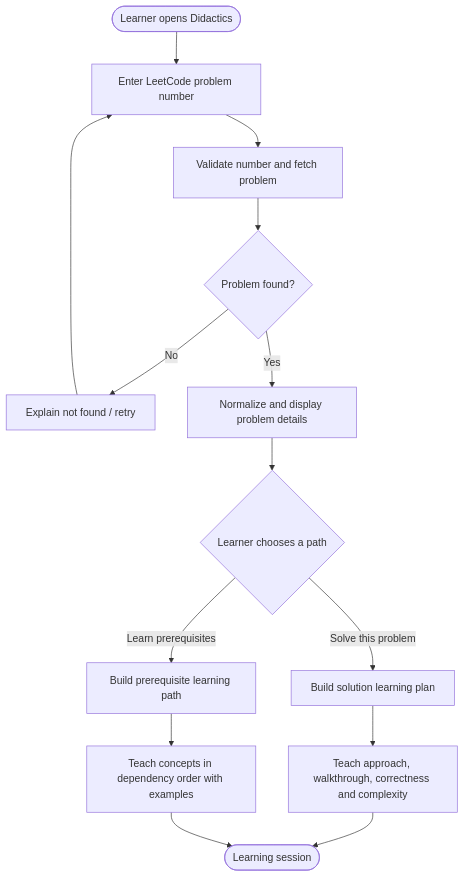
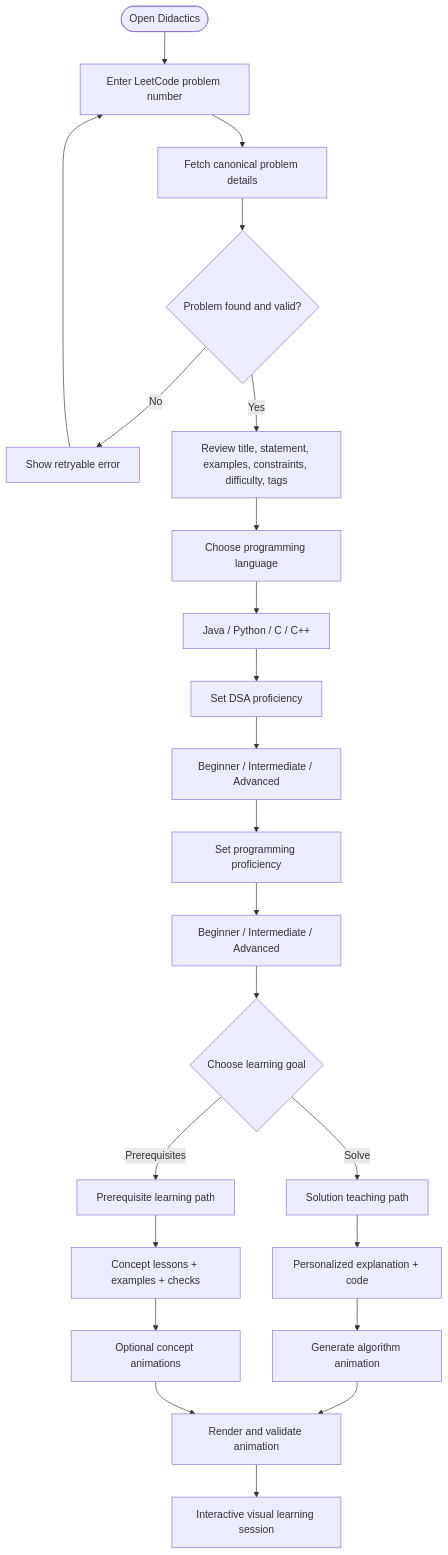
One commit to Dhruv-D-Bhrasadiya/didactics changed the first of 2 diagrams in README.md. Above: the diagram before and after it, drawn with Mermaid. The commit also changed other lines of this file and 2 other files, not shown here.

Commit message:
docs: expand personalized learning and animation architecture

````diff
--- a/README.md
+++ b/README.md
@@ -16,16 +18,25 @@
 ```mermaid
 flowchart TD
-    A([Learner opens Didactics]) --> B[Enter LeetCode problem number]
-    B --> C[Validate number and fetch problem]
-    C --> D{Problem found?}
-    D -->|No| E[Explain not found / retry]
+    A([Open Didactics]) --> B[Enter LeetCode problem number]
+    B --> C[Fetch canonical problem details]
+    C --> D{Problem found and valid?}
+    D -->|No| E[Show retryable error]
     E --> B
-    D -->|Yes| F[Normalize and display problem details]
-    F --> G{Learner chooses a path}
-    G -->|Solve this problem| H[Build solution learning plan]
-    G -->|Learn prerequisites| I[Build prerequisite learning path]
-    H --> J[Teach approach, walkthrough, correctness and complexity]
-    I --> K[Teach concepts in dependency order with examples]
-    J --> L([Learning session])
-    K --> L
+    D -->|Yes| F[Review title, statement, examples, constraints, difficulty, tags]
+    F --> G[Choose programming language]
+    G --> G1[Java / Python / C / C++]
+    G1 --> H[Set DSA proficiency]
+    H --> H1[Beginner / Intermediate / Advanced]
+    H1 --> I[Set programming proficiency]
+    I --> I1[Beginner / Intermediate / Advanced]
+    I1 --> J{Choose learning goal}
+    J -->|Solve| K[Solution teaching path]
+    J -->|Prerequisites| L[Prerequisite learning path]
+    K --> M[Personalized explanation + code]
+    L --> N[Concept lessons + examples + checks]
+    M --> O[Generate algorithm animation]
+    N --> P[Optional concept animations]
+    O --> Q[Render and validate animation]
+    P --> Q
+    Q --> R[Interactive visual learning session]
 ```
````
